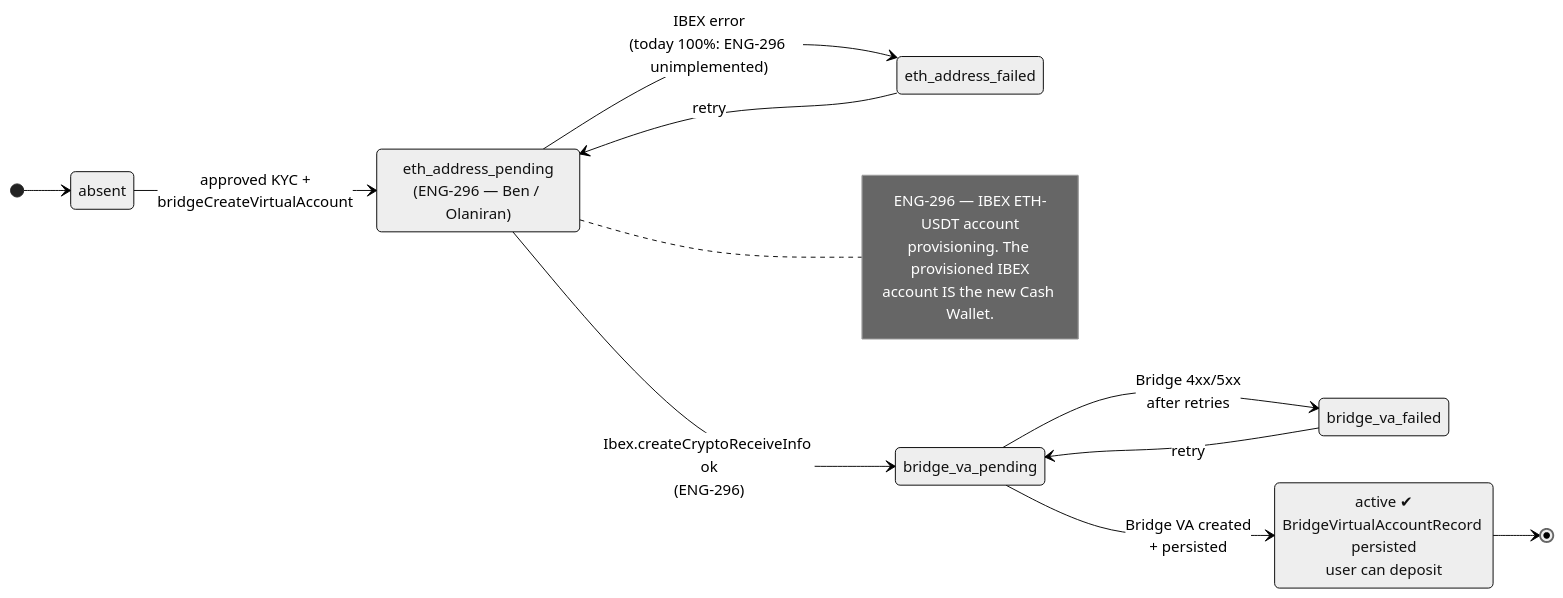
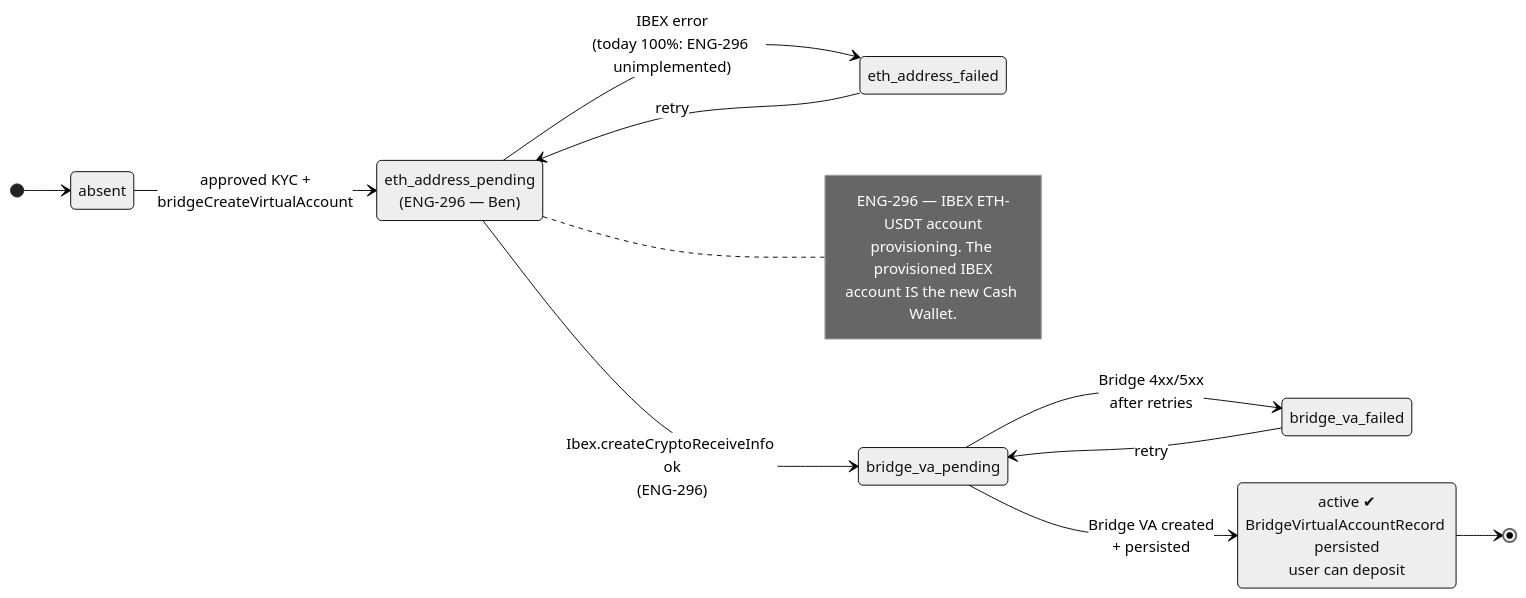
One commit to lnflash/flash changed the third of 10 diagrams in docs/bridge-integration/FLOWS.md. Above: the diagram before and after it, drawn with Mermaid (neutral theme). The commit also changed other lines of this file and 1 other file, not shown here.

First line of the commit message:
docs(bridge): Olaniran load-shed + §5.2 direction-of-funds fix + §3 ELI5

````diff
--- a/docs/bridge-integration/FLOWS.md
+++ b/docs/bridge-integration/FLOWS.md
@@ -176,22 +187,22 @@
 ```mermaid
 stateDiagram-v2
     direction LR
     [*] --> absent
     absent --> eth_address_pending: approved KYC +<br/>bridgeCreateVirtualAccount
     eth_address_pending --> eth_address_failed: IBEX error<br/>(today 100%: ENG-296 unimplemented)
     eth_address_failed --> eth_address_pending: retry
     eth_address_pending --> bridge_va_pending: Ibex.createCryptoReceiveInfo ok<br/>(ENG-296)
     bridge_va_pending --> bridge_va_failed: Bridge 4xx/5xx<br/>after retries
     bridge_va_failed --> bridge_va_pending: retry
     bridge_va_pending --> active: Bridge VA created<br/>+ persisted
     active --> [*]
 
-    eth_address_pending: eth_address_pending<br/>(ENG-296 — Ben / Olaniran)
+    eth_address_pending: eth_address_pending<br/>(ENG-296 — Ben)
     active: active ✔<br/>BridgeVirtualAccountRecord persisted<br/>user can deposit
 
     note right of eth_address_pending
         ENG-296 — IBEX ETH-USDT account
         provisioning. The provisioned IBEX
         account IS the new Cash Wallet.
     end note
 ```
````
